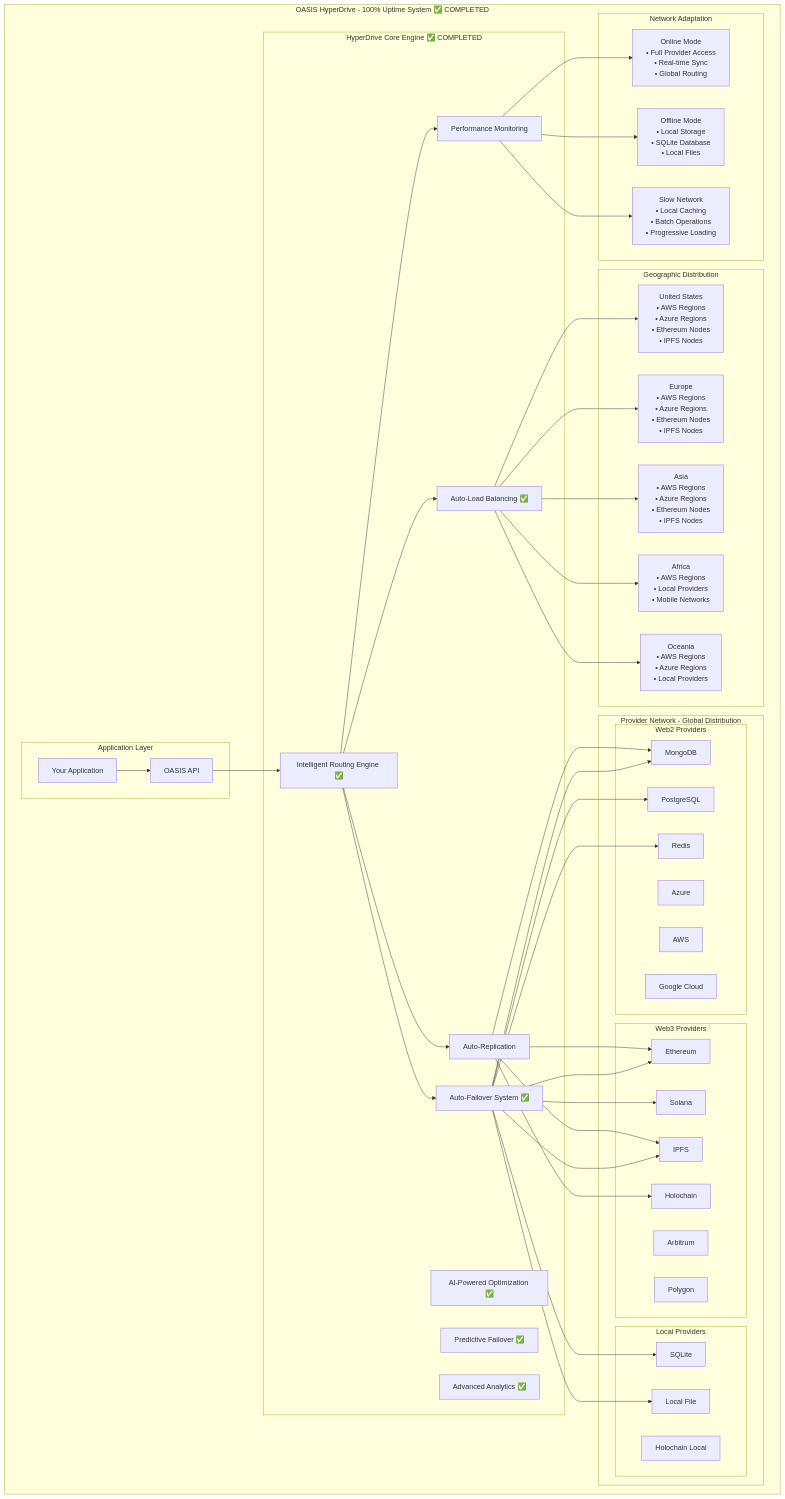
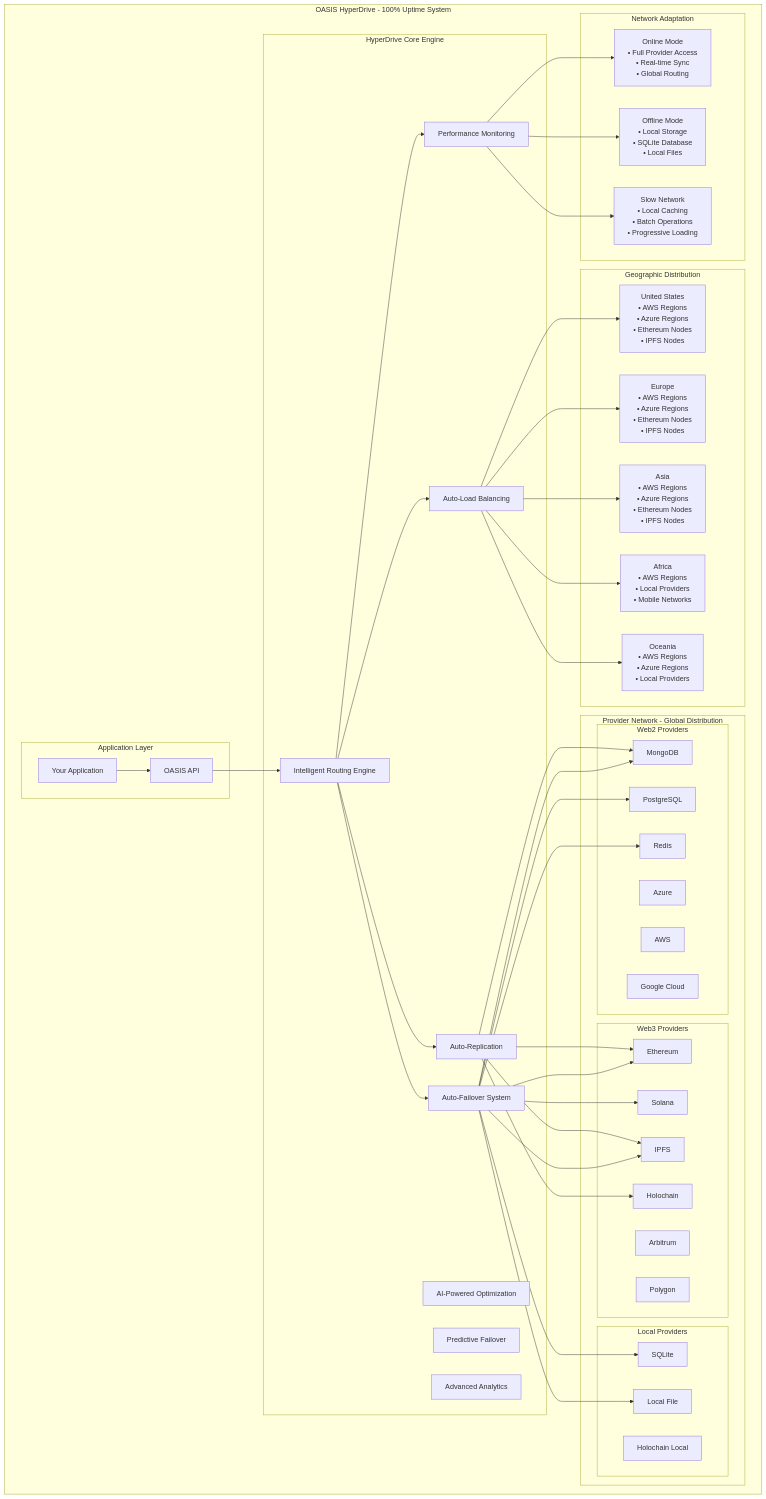
One commit to NextGenSoftwareUK/OASIS changed the first of 3 diagrams in README.md. Above: the diagram before and after it, drawn with Mermaid. The commit also changed other lines of this file, not shown here.

First line of the commit message:
Update README to streamline architecture content

````diff
--- a/README.md
+++ b/README.md
@@ -809,18 +556,18 @@
 ```mermaid
 graph TB
-    subgraph "OASIS HyperDrive - 100% Uptime System ✅ COMPLETED"
+    subgraph "OASIS HyperDrive - 100% Uptime System"
         subgraph "Application Layer"
             APP[Your Application]
             API[OASIS API]
         end
         
-        subgraph "HyperDrive Core Engine ✅ COMPLETED"
-            ROUTING[Intelligent Routing Engine ✅]
-            FAILOVER[Auto-Failover System ✅]
-            LOADBAL[Auto-Load Balancing ✅]
-            AI[AI-Powered Optimization ✅]
-            PREDICT[Predictive Failover ✅]
-            ANALYTICS[Advanced Analytics ✅]
+        subgraph "HyperDrive Core Engine"
+            ROUTING[Intelligent Routing Engine]
+            FAILOVER[Auto-Failover System]
+            LOADBAL[Auto-Load Balancing]
+            AI[AI-Powered Optimization]
+            PREDICT[Predictive Failover]
+            ANALYTICS[Advanced Analytics]
             REPLICATION[Auto-Replication]
             MONITORING[Performance Monitoring]
         end
````
